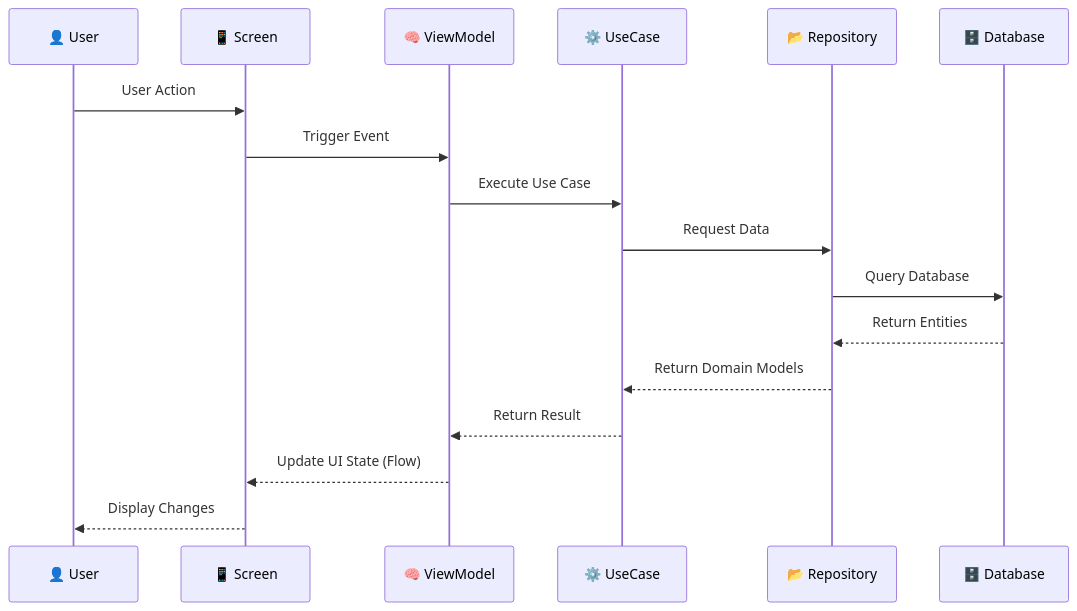
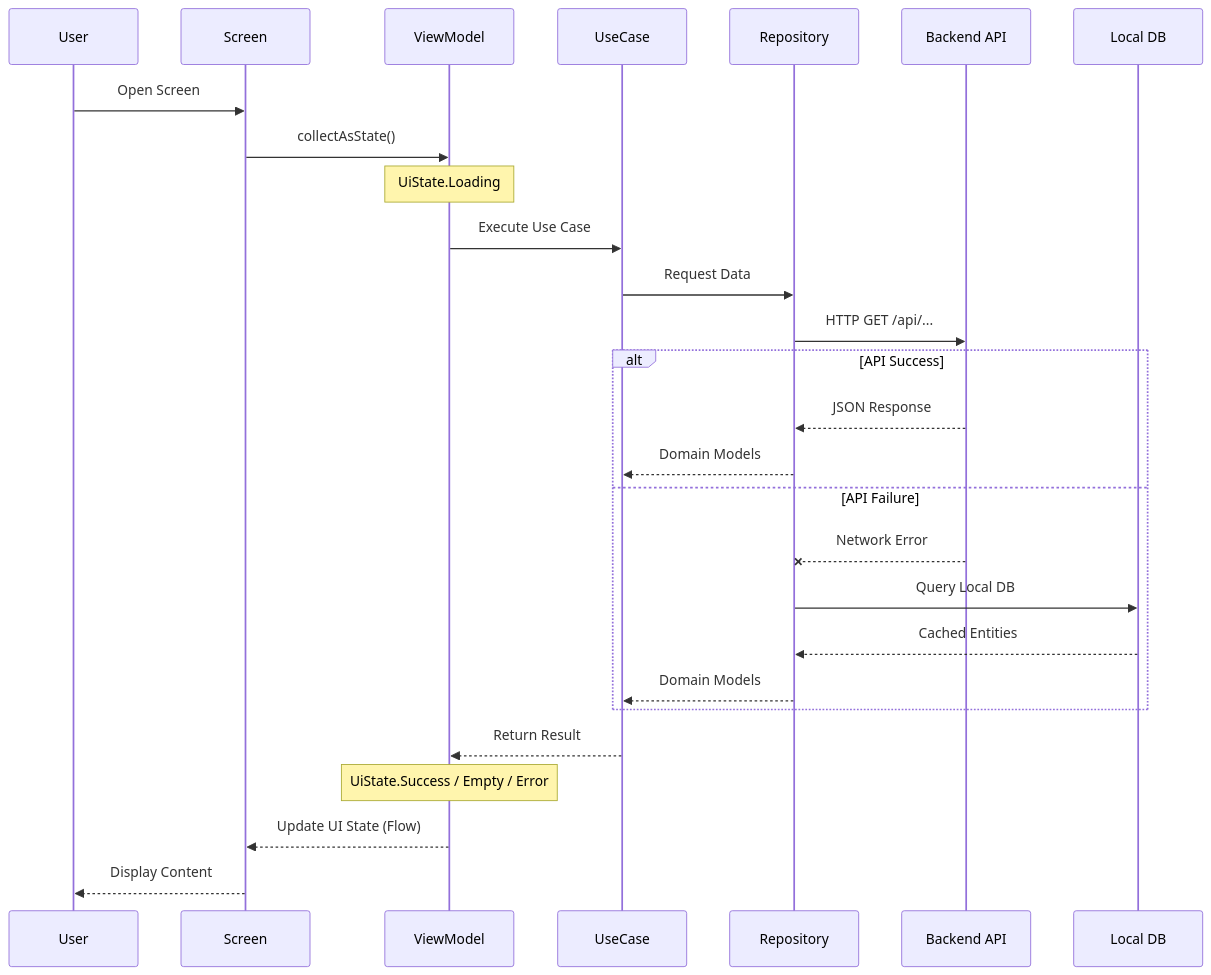
One commit to kundan35/Siddhika changed the second of 6 diagrams in README.md. Above: the diagram before and after it, drawn with Mermaid. The commit also changed other lines of this file, not shown here.

First line of the commit message:
Update README with backend API docs, UiState pattern, and auth features

````diff
--- a/README.md
+++ b/README.md
@@ -296,20 +159,30 @@
 ```mermaid
 sequenceDiagram
-    participant U as 👤 User
-    participant S as 📱 Screen
-    participant VM as 🧠 ViewModel
-    participant UC as ⚙️ UseCase
-    participant R as 📂 Repository
-    participant DB as 🗄️ Database
+    participant U as User
+    participant S as Screen
+    participant VM as ViewModel
+    participant UC as UseCase
+    participant R as Repository
+    participant API as Backend API
+    participant DB as Local DB
 
-    U->>S: User Action
-    S->>VM: Trigger Event
+    U->>S: Open Screen
+    S->>VM: collectAsState()
+    Note over VM: UiState.Loading
     VM->>UC: Execute Use Case
     UC->>R: Request Data
-    R->>DB: Query Database
-    DB-->>R: Return Entities
-    R-->>UC: Return Domain Models
+    R->>API: HTTP GET /api/...
+    alt API Success
+        API-->>R: JSON Response
+        R-->>UC: Domain Models
+    else API Failure
+        API--xR: Network Error
+        R->>DB: Query Local DB
+        DB-->>R: Cached Entities
+        R-->>UC: Domain Models
+    end
     UC-->>VM: Return Result
+    Note over VM: UiState.Success / Empty / Error
     VM-->>S: Update UI State (Flow)
-    S-->>U: Display Changes
+    S-->>U: Display Content
 ```
````
